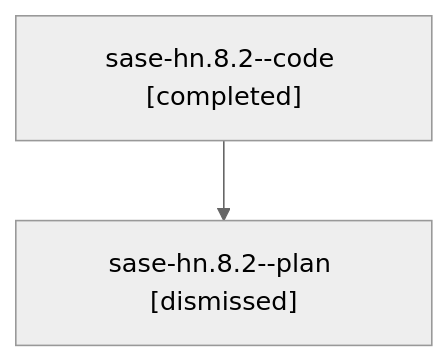
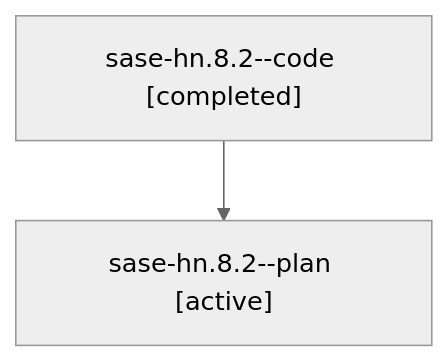
Before and after one commit to sase-org/sase--agents: the diagram in families/bbugyi200.athena.sase-hn.8.2.md, drawn with Mermaid (neutral theme). The commit also changed other lines of this file and 35830 other files, not shown here.

````diff
--- a/families/bbugyi200.athena.sase-hn.8.2.md
+++ b/families/bbugyi200.athena.sase-hn.8.2.md
@@ -9,6 +9,6 @@
 ```mermaid
 flowchart TD
   n0["sase-hn.8.2--code [completed]"]
-  n1["sase-hn.8.2--plan [dismissed]"]
+  n1["sase-hn.8.2--plan [active]"]
   n0 --> n1
 ```
````
